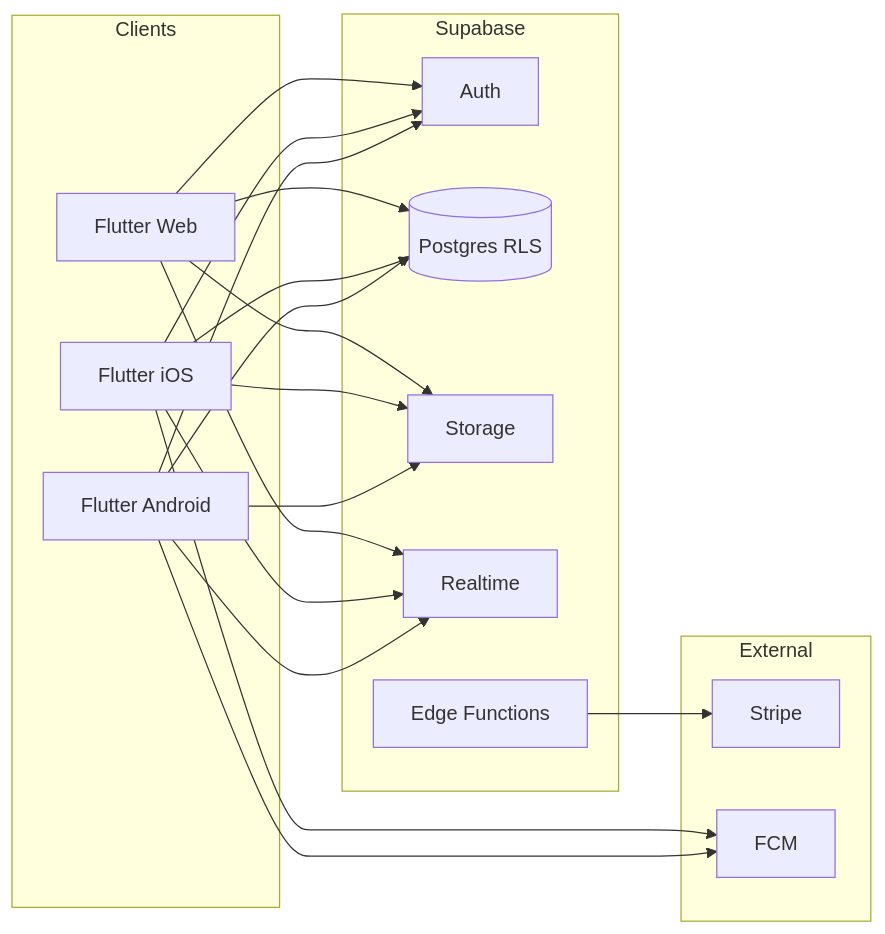
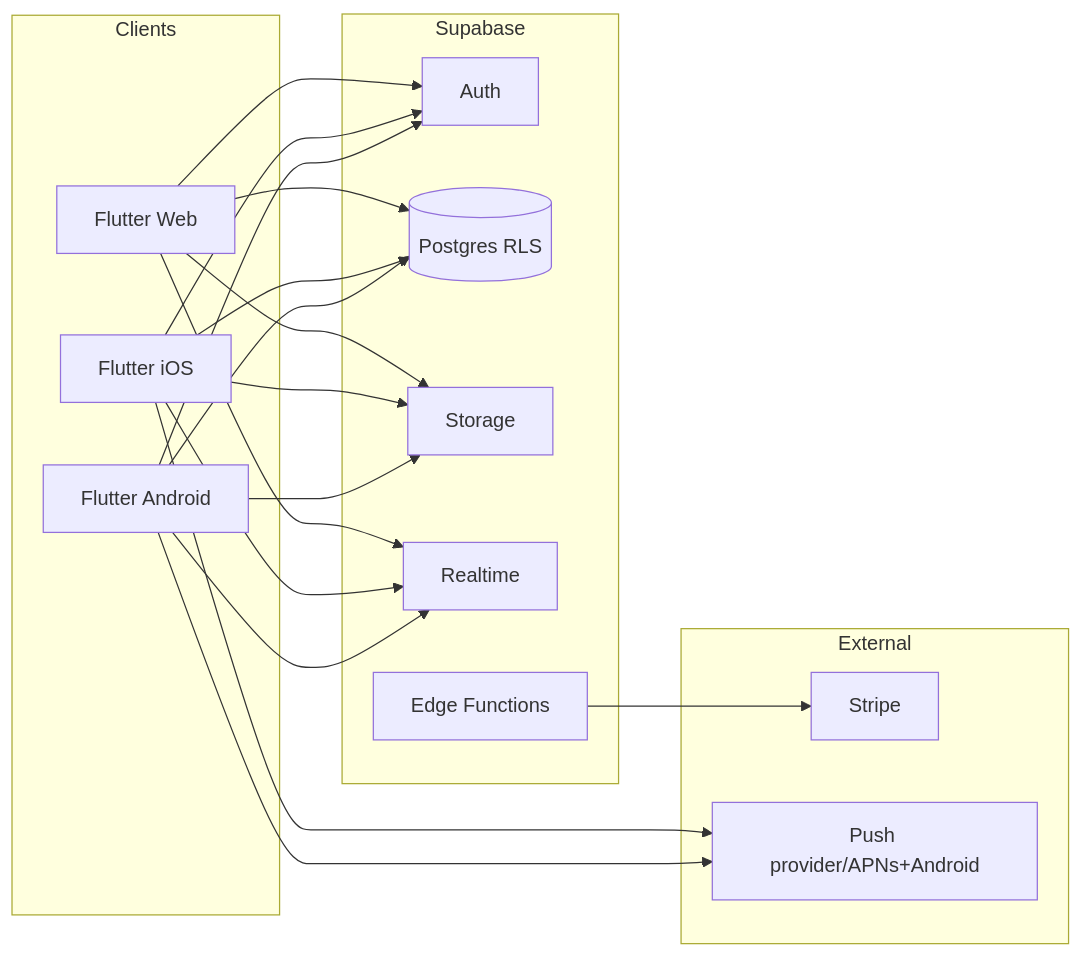
The diagram in docs/INTEGRATIONS_AND_SETUP.md (abdulsamadaidid-code/Schoolify), drawn with Mermaid before and after one commit. The commit also changed other lines of this file and 7 other files, not shown here.

First line of the commit message:
Switch Track B push strategy from Firebase/FCM to Supabase push

````diff
--- a/docs/INTEGRATIONS_AND_SETUP.md
+++ b/docs/INTEGRATIONS_AND_SETUP.md
@@ -45,37 +45,37 @@
 ```mermaid
 flowchart LR
   subgraph clients [Clients]
     Web[Flutter Web]
     iOS[Flutter iOS]
     Android[Flutter Android]
   end
 
   subgraph supa [Supabase]
     Auth[Auth]
     DB[(Postgres RLS)]
     Storage[Storage]
     Realtime[Realtime]
     Fn[Edge Functions]
   end
 
   subgraph external [External]
     Stripe[Stripe]
-    FCM[FCM]
+    PushProvider[Push provider/APNs+Android]
   end
 
   Web --> Auth
   iOS --> Auth
   Android --> Auth
   Web --> DB
   iOS --> DB
   Android --> DB
   Web --> Storage
   iOS --> Storage
   Android --> Storage
   Web --> Realtime
   iOS --> Realtime
   Android --> Realtime
   Fn --> Stripe
-  iOS --> FCM
-  Android --> FCM
+  iOS --> PushProvider
+  Android --> PushProvider
 ```
````
